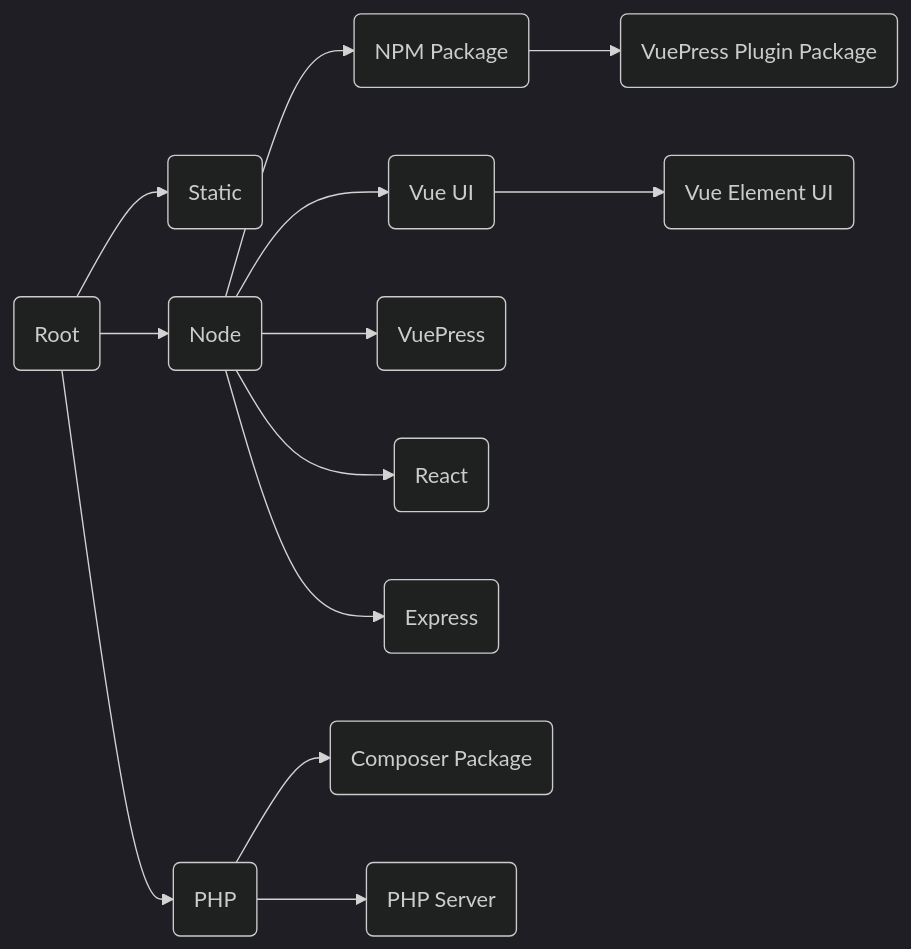
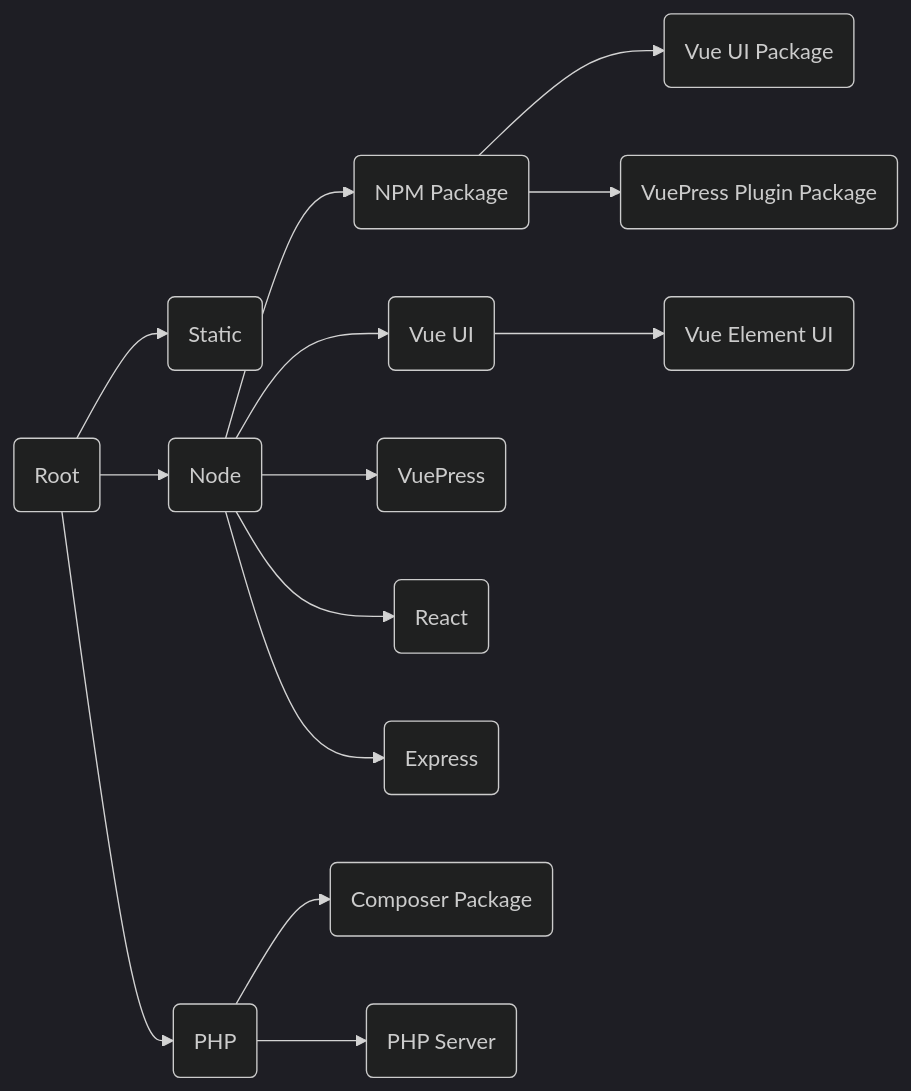
Before and after one commit to langnang-templates/.github: the diagram in profile/README.md, drawn with Mermaid (dark theme).

````diff
--- a/profile/README.md
+++ b/profile/README.md
@@ -1,29 +1,31 @@
 ```mermaid
 flowchart LR
 Root(Root)
 	click Root "https://github.com/langnang-temp/root"
 
 Root-->Static(Static)
 	click Static "https://github.com/langnang-temp/static"
 
 Root-->Node(Node)
 	click Node "https://github.com/langnang-temp/node"
 	Node-->NPM_Package("NPM Package")
 		click NPM_Package "https://github.com/langnang-temp/npm-package"
+		NPM_Package-->Vue_UI_Package("Vue UI Package")
+			click Vue_UI_Package https://github.com/langnang-temp/vue-ui-package
 		NPM_Package-->VuePress_Plugin_Package("VuePress Plugin Package")
-		click VuePress_Plugin_Package https://github.com/langnang-temp/vuepress-plugin-package
+			click VuePress_Plugin_Package https://github.com/langnang-temp/vuepress-plugin-package
 	Node-->Vue_UI("Vue UI")
 		click Vue_UI "https://github.com/langnang-temp/vue-ui"
 		Vue_UI-->Vue_Element_UI("Vue Element UI")
 			click Vue_Element_UI "https://github.com/langnang-temp/vue-element-ui"
 	Node-->VuePress(VuePress)
 		click VuePress "https://github.com/langnang-temp/vuepress"
 	Node-->React(React)
 	Node-->Express(Express)
 
 Root-->PHP(PHP)
 	click PHP "https://github.com/langnang-temp/php"
 	PHP-->Composer_Package("Composer Package")
 	PHP-->PHP_Server("PHP Server")
 		click PHP_Server "https://github.com/langnang-temp/php-server"
 ```
````
